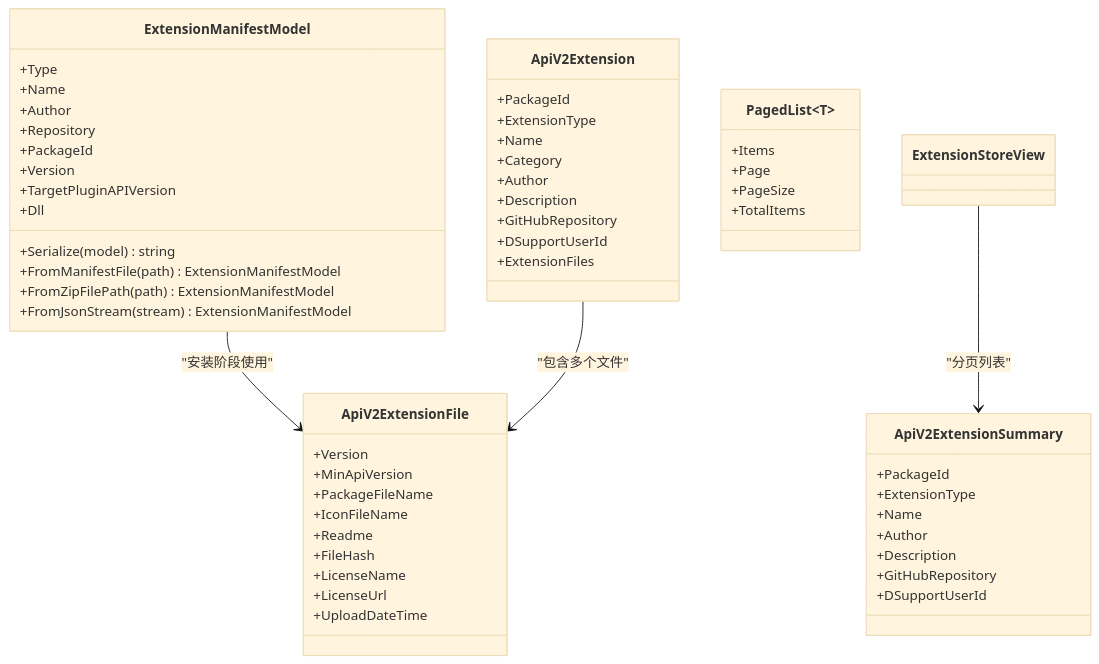
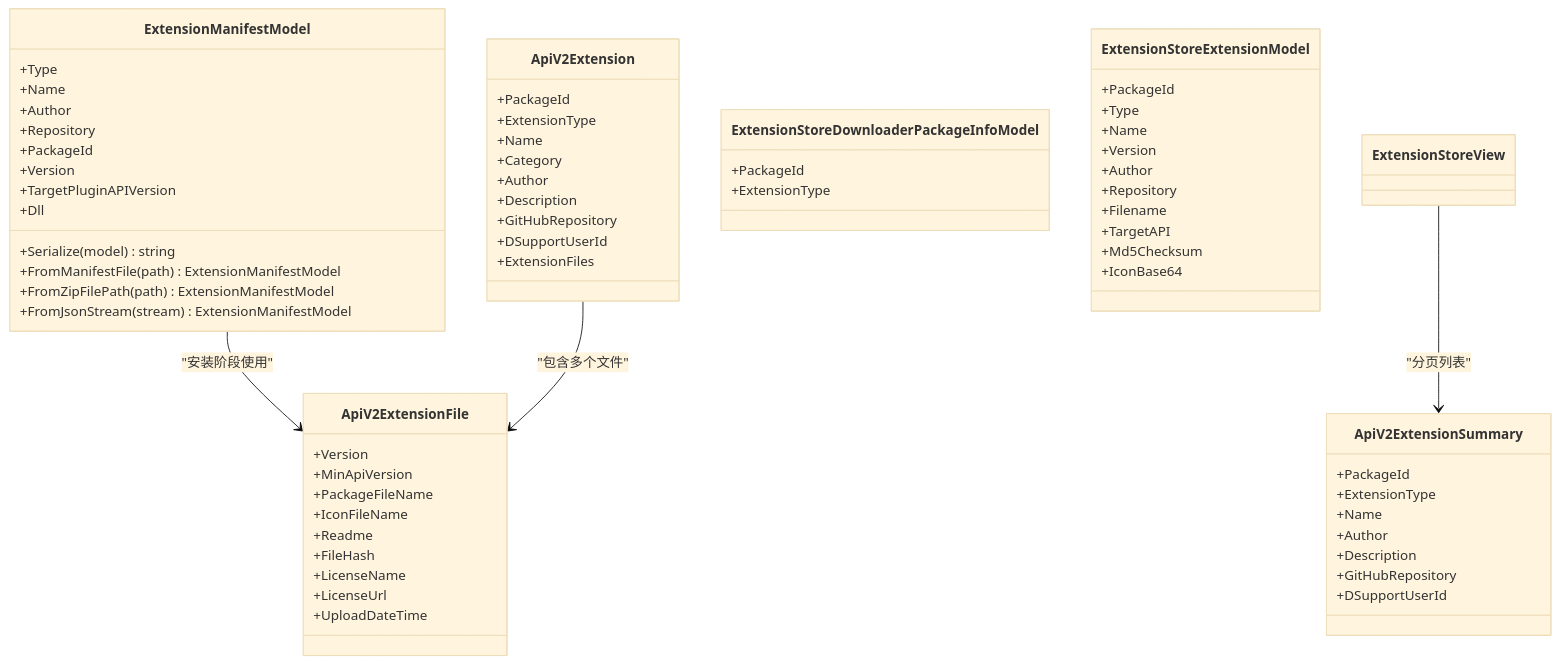
The eighth of 11 diagrams in .qoder/repowiki/zh/content/扩展商店/扩展商店.md (tea4go/Macro-Deck), drawn with Mermaid (base theme) before and after one commit. The commit also changed other lines of this file and 33 other files, not shown here.

````diff
--- a/.qoder/repowiki/zh/content/扩展商店/扩展商店.md
+++ b/.qoder/repowiki/zh/content/扩展商店/扩展商店.md
@@ -289,57 +356,67 @@
 ```mermaid
 classDiagram
 class ExtensionManifestModel {
 +Type
 +Name
 +Author
 +Repository
 +PackageId
 +Version
 +TargetPluginAPIVersion
 +Dll
 +Serialize(model) string
 +FromManifestFile(path) ExtensionManifestModel
 +FromZipFilePath(path) ExtensionManifestModel
 +FromJsonStream(stream) ExtensionManifestModel
 }
 class ApiV2Extension {
 +PackageId
 +ExtensionType
 +Name
 +Category
 +Author
 +Description
 +GitHubRepository
 +DSupportUserId
 +ExtensionFiles
 }
 class ApiV2ExtensionFile {
 +Version
 +MinApiVersion
 +PackageFileName
 +IconFileName
 +Readme
 +FileHash
 +LicenseName
 +LicenseUrl
 +UploadDateTime
 }
 class ApiV2ExtensionSummary {
 +PackageId
 +ExtensionType
 +Name
 +Author
 +Description
 +GitHubRepository
 +DSupportUserId
 }
-class PagedList~T~ {
-+Items
-+Page
-+PageSize
-+TotalItems
+class ExtensionStoreDownloaderPackageInfoModel {
++PackageId
++ExtensionType
+}
+class ExtensionStoreExtensionModel {
++PackageId
++Type
++Name
++Version
++Author
++Repository
++Filename
++TargetAPI
++Md5Checksum
++IconBase64
 }
 ExtensionManifestModel --> ApiV2ExtensionFile : "安装阶段使用"
 ApiV2Extension --> ApiV2ExtensionFile : "包含多个文件"
 ExtensionStoreView --> ApiV2ExtensionSummary : "分页列表"
 ```
````
